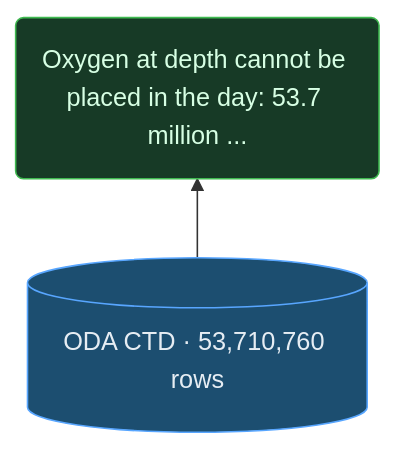
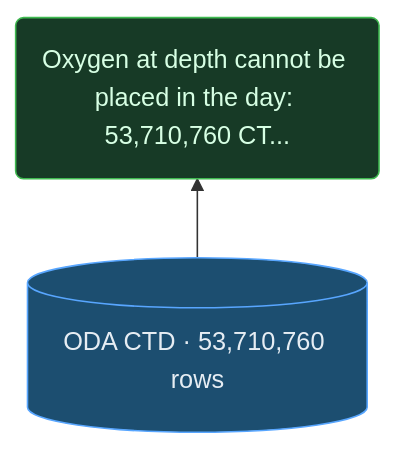
One commit to Jjokulian/copenhagen-waterways changed the third of 14 diagrams in docs/CLAIMS.md. Above: the diagram before and after it, drawn with Mermaid. The commit also changed other lines of this file and 13 other files, not shown here.

````diff
--- a/docs/CLAIMS.md
+++ b/docs/CLAIMS.md
@@ -87,8 +87,8 @@
 ```mermaid
 graph BT
-  C-DEPTH-UNTIMED("Oxygen at depth cannot be placed in the day: 53.7 million ...")
+  C-DEPTH-UNTIMED("Oxygen at depth cannot be placed in the day: 53,710,760 CT...")
   D-CTD[("ODA CTD · 53,710,760 rows")]
   D-CTD --> C-DEPTH-UNTIMED
   style C-DEPTH-UNTIMED fill:#173a26,stroke:#3fb950,color:#d7ffe4
   style D-CTD fill:#1c4e70,stroke:#58a6ff,color:#e6edf3
 ```
````
